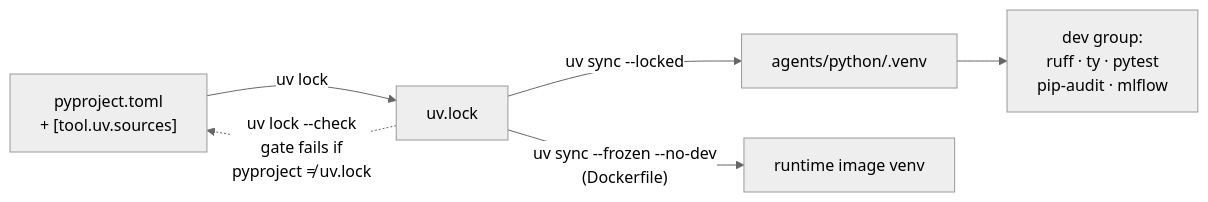
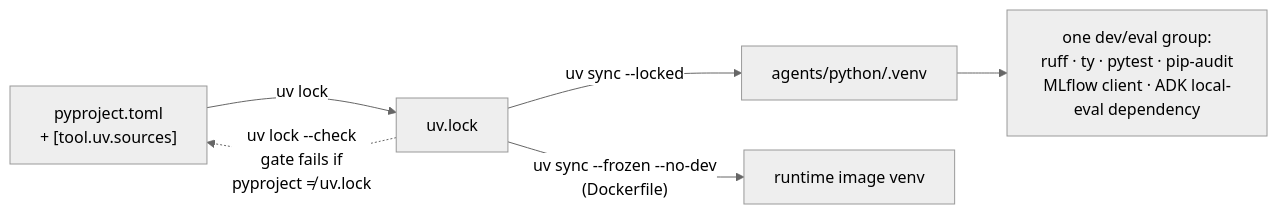
Before and after one commit to LuiGGi629/agentops-open-course: the first of 2 diagrams in docs/1. Setup/1.1. Python.md, drawn with Mermaid (neutral theme). The commit also changed other lines of this file and 121 other files, not shown here.

````diff
--- a/docs/1. Setup/1.1. Python.md
+++ b/docs/1. Setup/1.1. Python.md
@@ -47,8 +49,8 @@
 ```mermaid
 flowchart LR
     PP["pyproject.toml<br/>+ [tool.uv.sources]"] -->|uv lock| LOCK[uv.lock]
     LOCK -->|"uv sync --locked"| VENV["agents/python/.venv"]
     LOCK -->|"uv sync --frozen --no-dev<br/>(Dockerfile)"| IMG[runtime image venv]
-    VENV --> DEV["dev group:<br/>ruff · ty · pytest<br/>pip-audit · mlflow"]
+    VENV --> DEV["one dev/eval group:<br/>ruff · ty · pytest · pip-audit<br/>MLflow client · ADK local-eval dependency"]
     LOCK -. "uv lock --check<br/>gate fails if<br/>pyproject ≠ uv.lock" .-> PP
 ```
````
